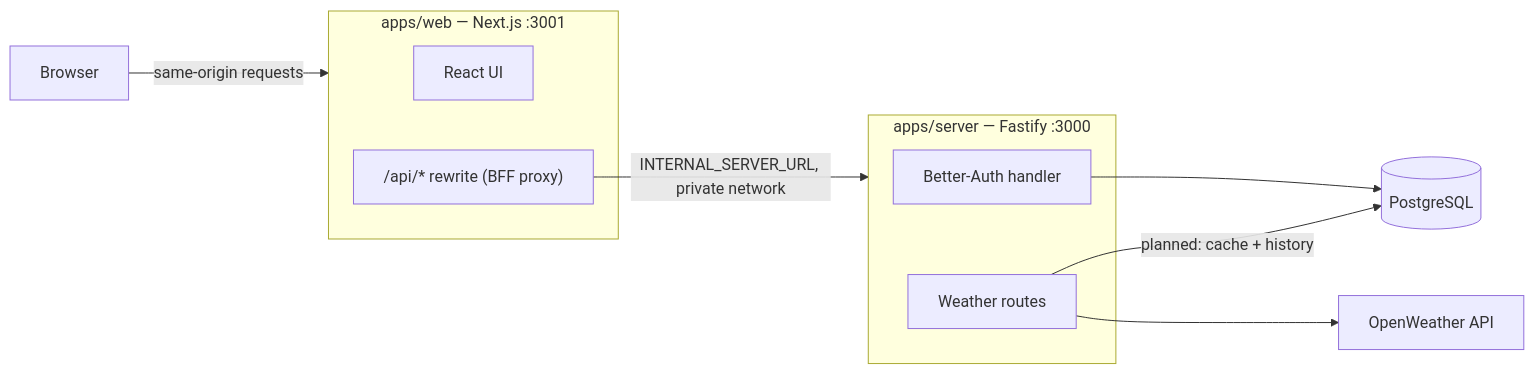
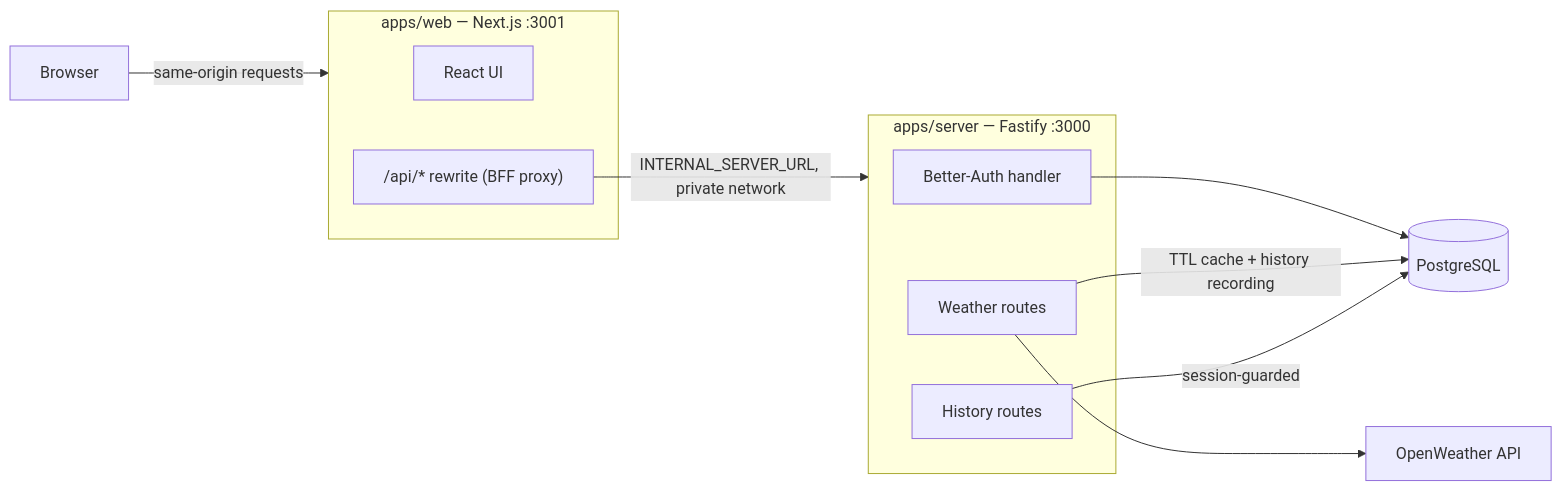
Before and after one commit to CallumHughes/weather-app: the diagram in ARCHITECTURE.md, drawn with Mermaid. The commit also changed other lines of this file and 35 other files, not shown here.

First line of the commit message:
feat: search history and TTL weather cache (PostgreSQL) (#5)

````diff
--- a/ARCHITECTURE.md
+++ b/ARCHITECTURE.md
@@ -7,20 +7,22 @@
 ```mermaid
 graph LR
   B[Browser]
   subgraph Web["apps/web — Next.js :3001"]
     UI[React UI]
     RW["/api/* rewrite (BFF proxy)"]
   end
   subgraph API["apps/server — Fastify :3000"]
     AUTH[Better-Auth handler]
     WX[Weather routes]
+    HIST[History routes]
   end
   DB[(PostgreSQL)]
   EXT[OpenWeather API]
 
   B -->|same-origin requests| Web
   RW -->|INTERNAL_SERVER_URL, private network| API
   AUTH --> DB
-  WX -->|planned: cache + history| DB
+  WX -->|TTL cache + history recording| DB
+  HIST -->|session-guarded| DB
   WX --> EXT
 ```
````
